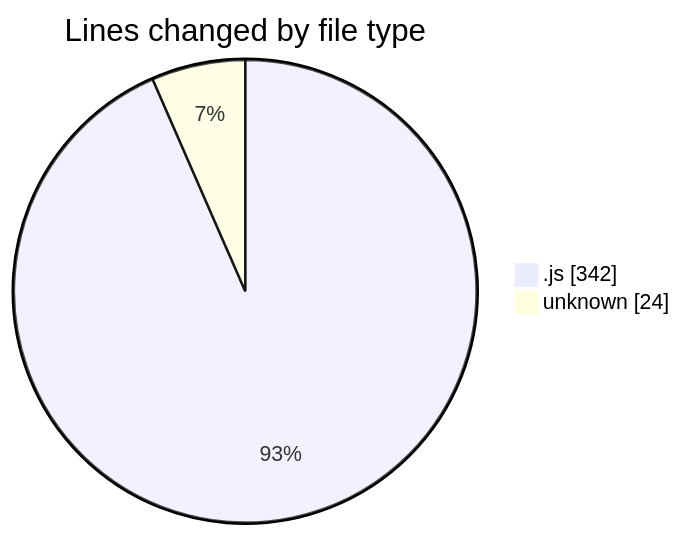
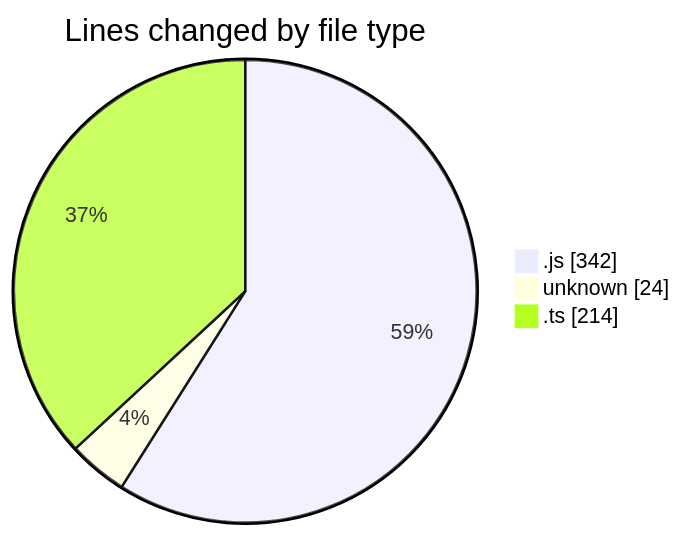
One commit to momahboobian/code-tracking changed the first of 2 diagrams in 2025-02-05/cda/README.md. Above: the diagram before and after it, drawn with Mermaid. The commit also changed other lines of this file and 1 other file, not shown here.

````diff
--- a/2025-02-05/cda/README.md
+++ b/2025-02-05/cda/README.md
@@ -27,6 +28,7 @@
 ```mermaid
 pie showData
 title Lines changed by file type
 ".js" : 342
 "unknown" : 24
+".ts" : 214
 ```
````
